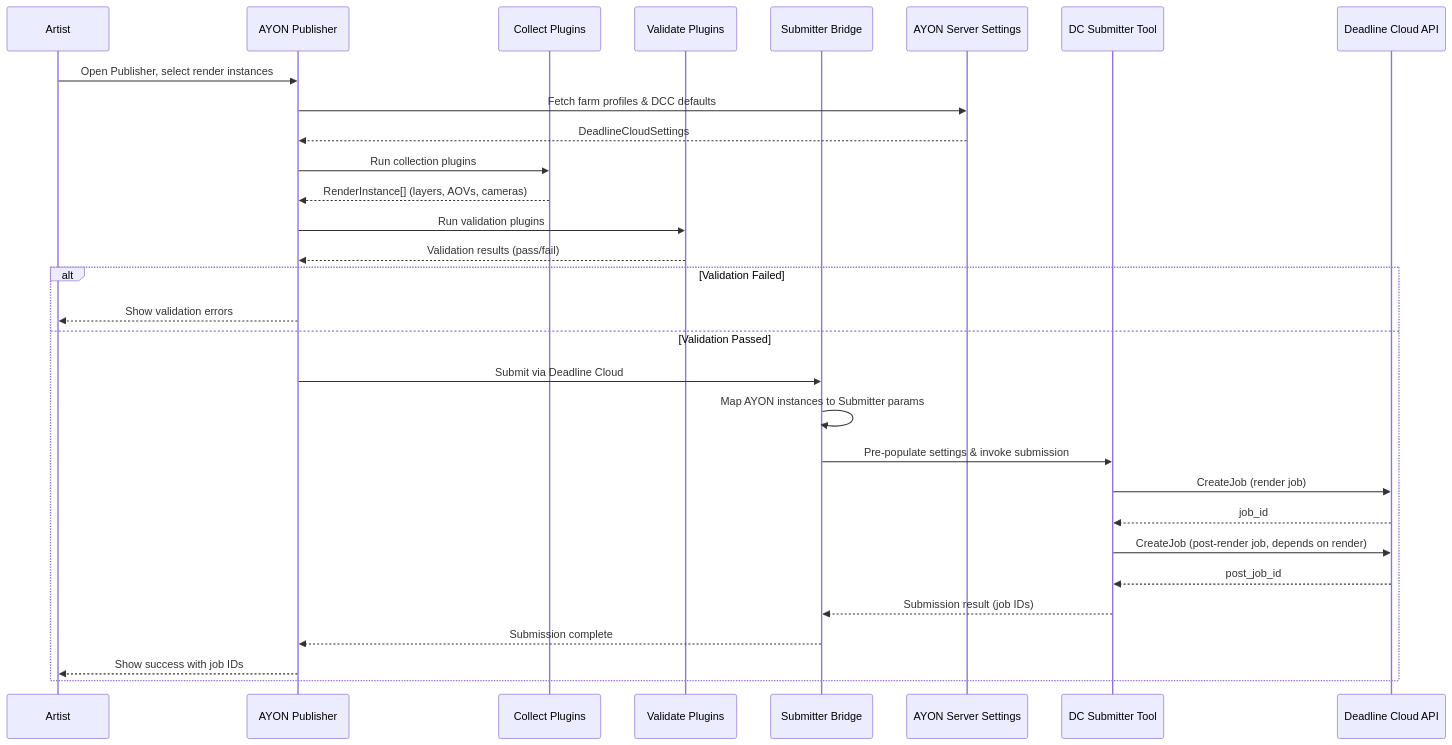
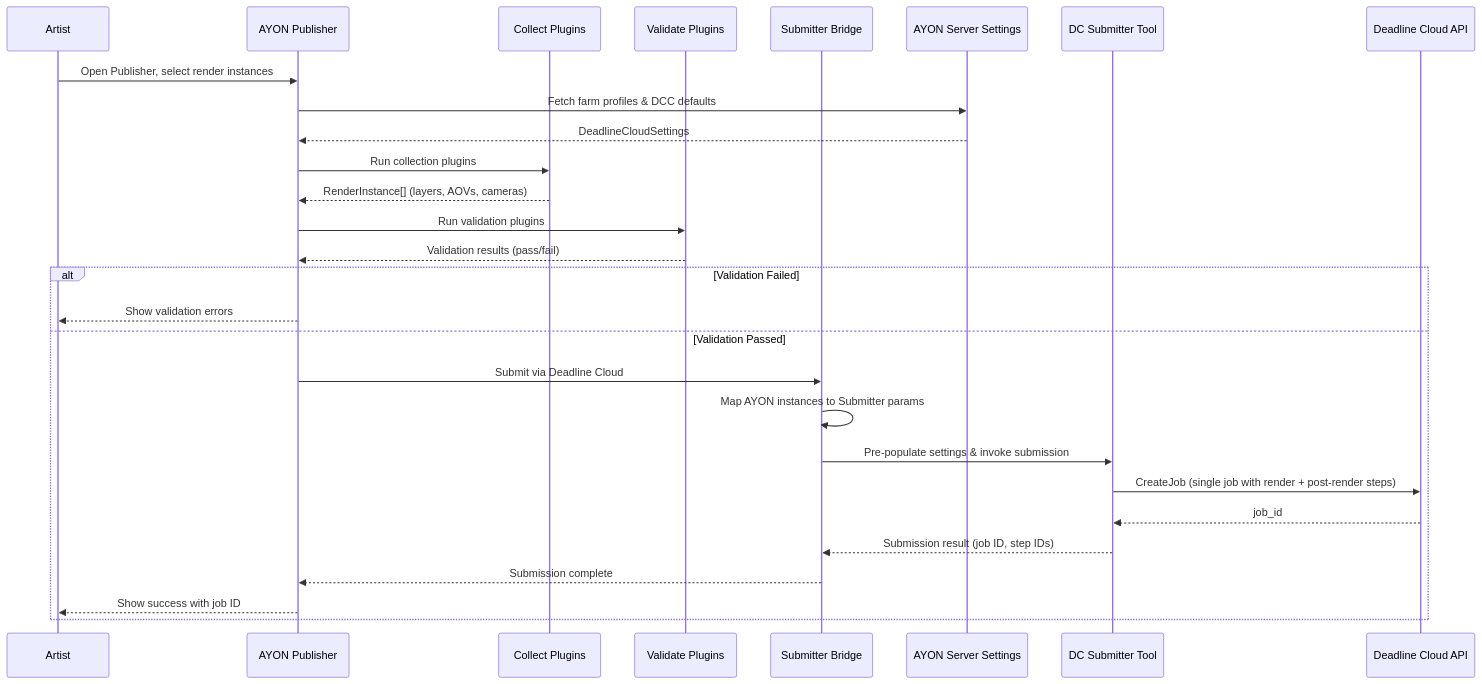
One commit to leon-li-inspire/ayon-deadline-cloud changed the second of 3 diagrams in .kiro/specs/deadline-cloud-integration/design.md. Above: the diagram before and after it, drawn with Mermaid. The commit also changed other lines of this file, not shown here.

````diff
--- a/.kiro/specs/deadline-cloud-integration/design.md
+++ b/.kiro/specs/deadline-cloud-integration/design.md
@@ -75,34 +76,32 @@
 ```mermaid
 sequenceDiagram
     participant Artist
     participant Publisher as AYON Publisher
     participant Collector as Collect Plugins
     participant Validator as Validate Plugins
     participant Bridge as Submitter Bridge
     participant Settings as AYON Server Settings
     participant Submitter as DC Submitter Tool
     participant DC as Deadline Cloud API
 
     Artist->>Publisher: Open Publisher, select render instances
     Publisher->>Settings: Fetch farm profiles & DCC defaults
     Settings-->>Publisher: DeadlineCloudSettings
     Publisher->>Collector: Run collection plugins
     Collector-->>Publisher: RenderInstance[] (layers, AOVs, cameras)
     Publisher->>Validator: Run validation plugins
     Validator-->>Publisher: Validation results (pass/fail)
 
     alt Validation Failed
         Publisher-->>Artist: Show validation errors
     else Validation Passed
         Publisher->>Bridge: Submit via Deadline Cloud
         Bridge->>Bridge: Map AYON instances to Submitter params
         Bridge->>Submitter: Pre-populate settings & invoke submission
-        Submitter->>DC: CreateJob (render job)
+        Submitter->>DC: CreateJob (single job with render + post-render steps)
         DC-->>Submitter: job_id
-        Submitter->>DC: CreateJob (post-render job, depends on render)
-        DC-->>Submitter: post_job_id
-        Submitter-->>Bridge: Submission result (job IDs)
+        Submitter-->>Bridge: Submission result (job ID, step IDs)
         Bridge-->>Publisher: Submission complete
-        Publisher-->>Artist: Show success with job IDs
+        Publisher-->>Artist: Show success with job ID
     end
 ```
````
